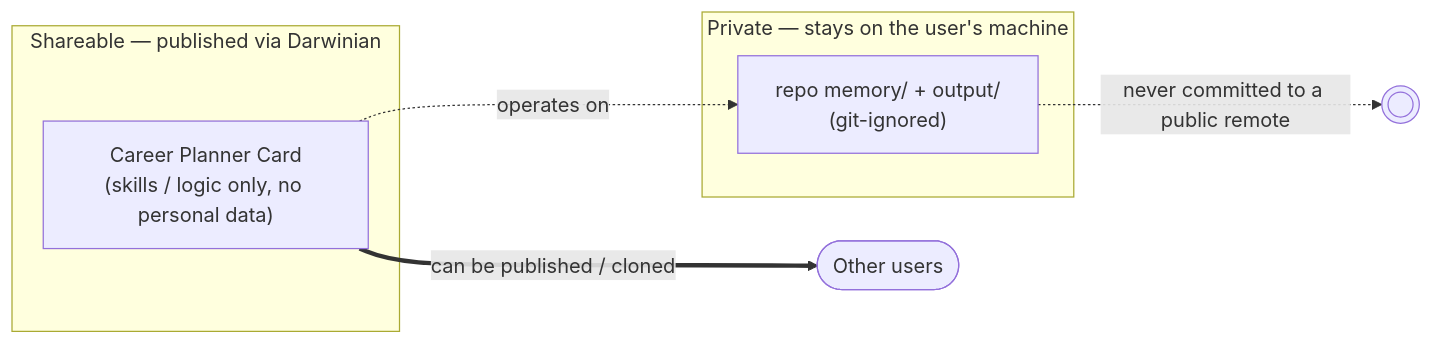
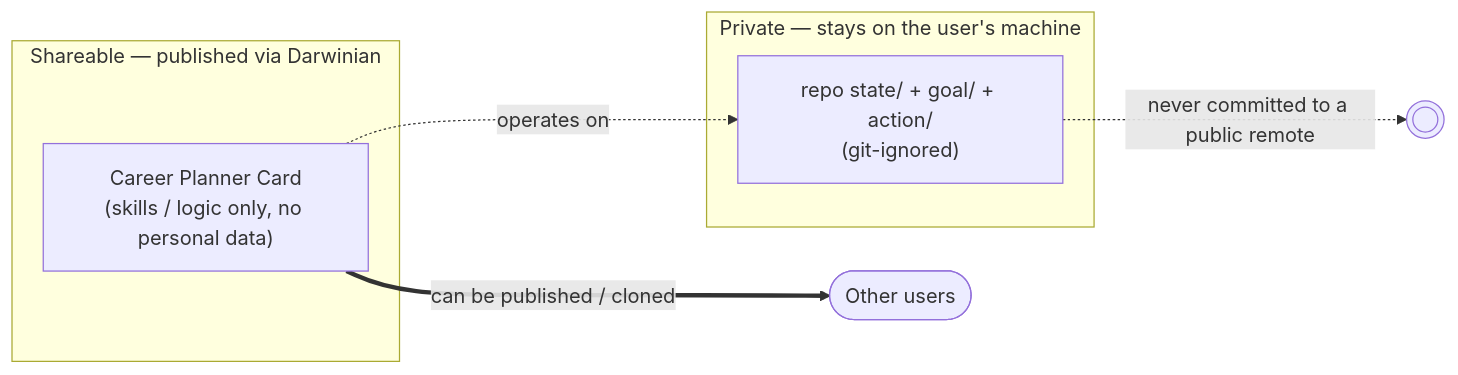
The second of 7 diagrams in .jg/prd-career-planner-card.md (junggyubae/career-planner), drawn with Mermaid before and after one commit. The commit also changed other lines of this file, not shown here.

Commit message:
docs: update PRD §4/§6 diagrams to state/goal/action; reflect verifier + PDF-iterate + 1-page

````diff
--- a/.jg/prd-career-planner-card.md
+++ b/.jg/prd-career-planner-card.md
@@ -100,12 +101,12 @@
 ```mermaid
 flowchart LR
     subgraph Shareable["Shareable — published via Darwinian"]
         C["Career Planner Card<br/>(skills / logic only, no personal data)"]
     end
     subgraph Private["Private — stays on the user's machine"]
-        R["repo memory/ + output/<br/>(git-ignored)"]
+        R["repo state/ + goal/ + action/<br/>(git-ignored)"]
     end
     C -.operates on.-> R
     C ==>|can be published / cloned| Others([Other users])
     R -.->|never committed to a public remote| X((( )))
 ```
````
